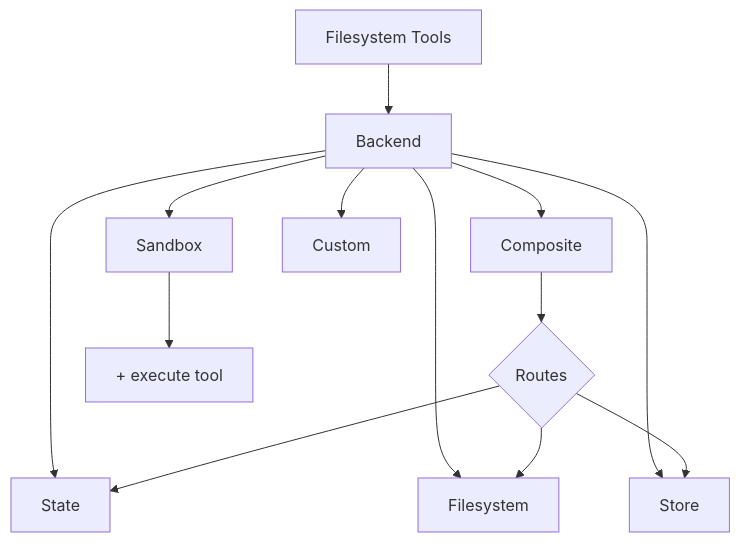
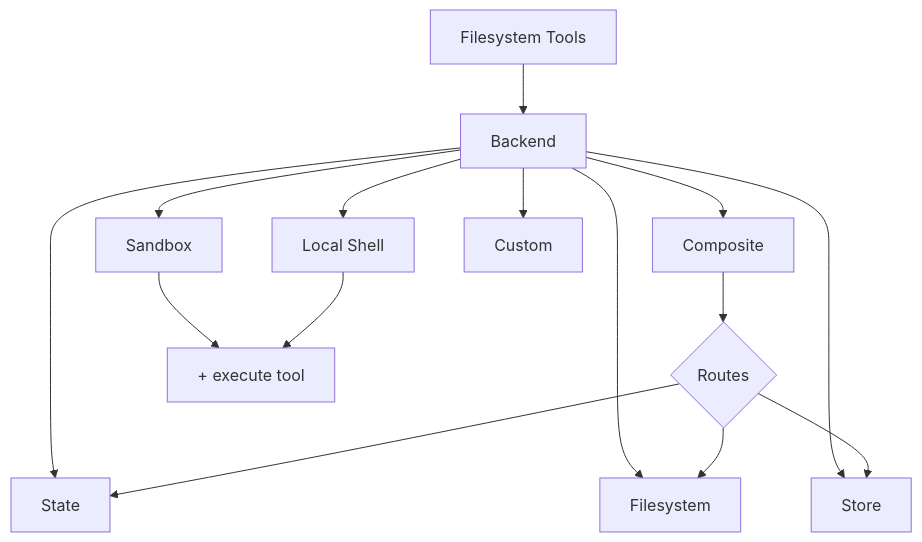
The diagram in src/oss/deepagents/backends.mdx (tyler5673/docs), drawn with Mermaid before and after one commit. The commit also changed other lines of this file and 3 other files, not shown here.

Commit message:
add LocalShellBackend

````diff
--- a/src/oss/deepagents/backends.mdx
+++ b/src/oss/deepagents/backends.mdx
@@ -13,18 +16,20 @@
 ```mermaid
 graph TB
     Tools[Filesystem Tools] --> Backend[Backend]
 
     Backend --> State[State]
     Backend --> Disk[Filesystem]
     Backend --> Store[Store]
     Backend --> Sandbox[Sandbox]
+    Backend --> LocalShell[Local Shell]
     Backend --> Composite[Composite]
     Backend --> Custom[Custom]
 
     Composite --> Router{Routes}
     Router --> State
     Router --> Disk
     Router --> Store
 
     Sandbox --> Execute["#43; execute tool"]
+    LocalShell --> Execute["#43; execute tool"]
 ```
````
